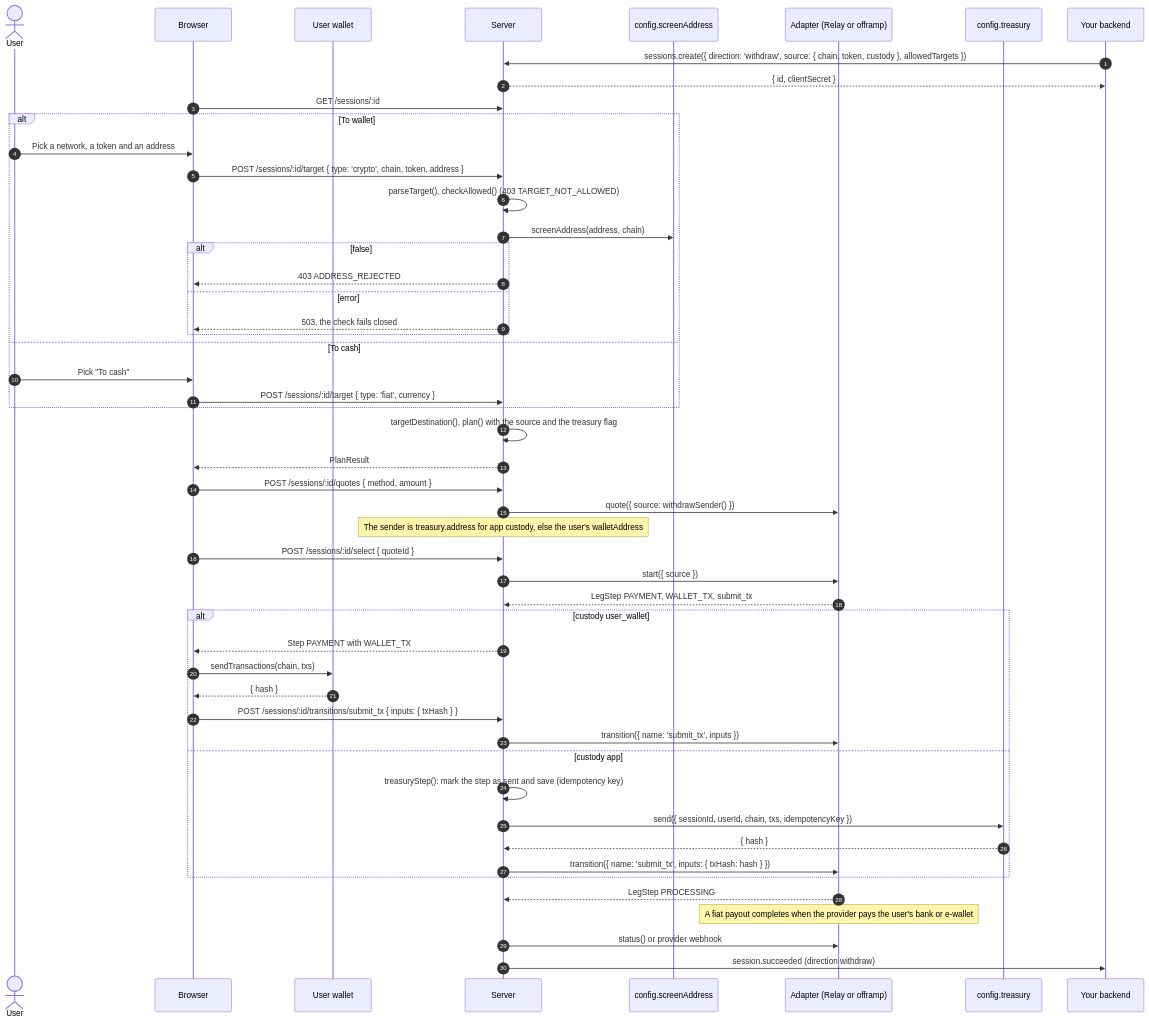
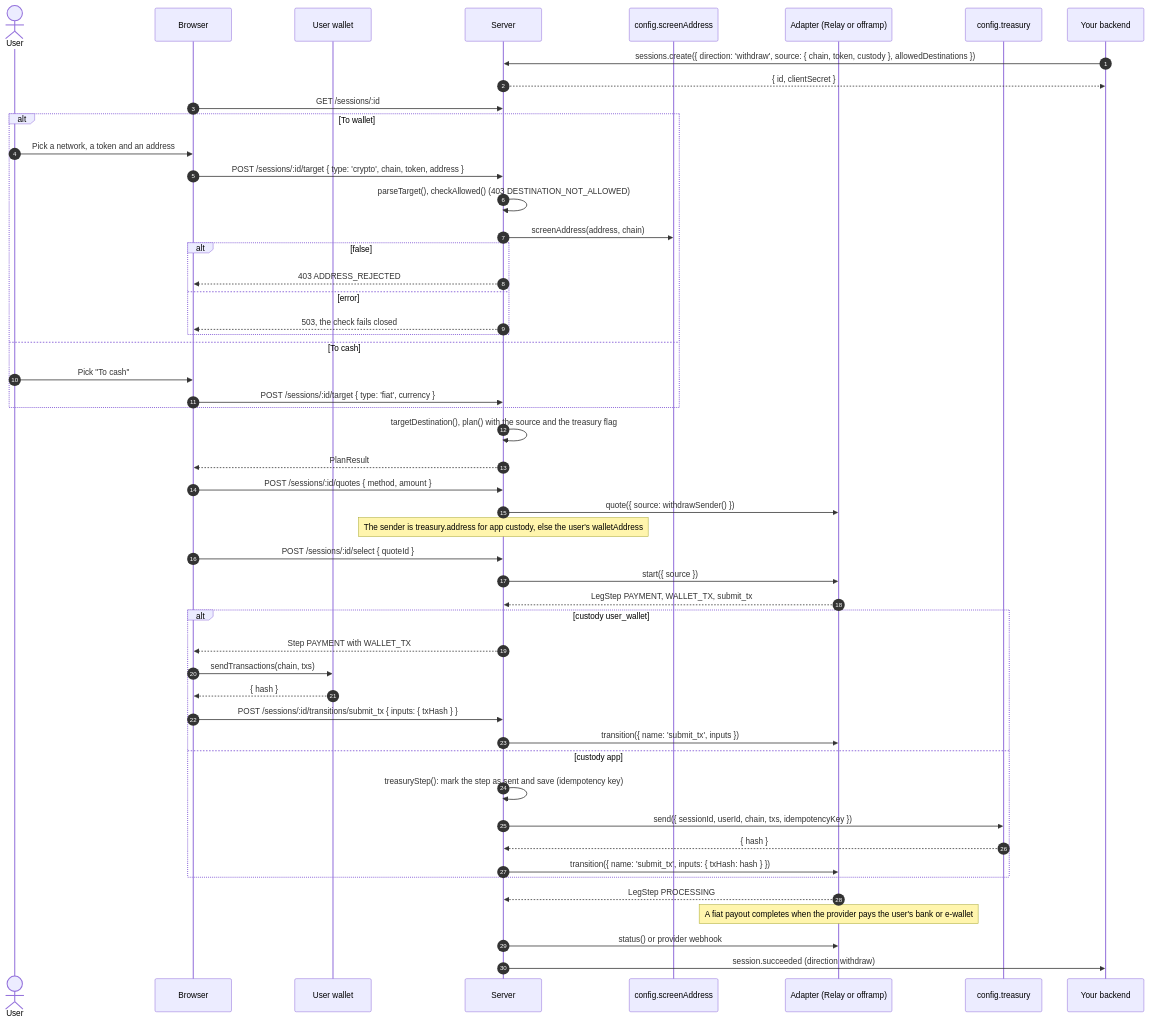
The ninth of 13 diagrams in docs/concepts/flows.md (yosriady/openrampkit), drawn with Mermaid before and after one commit. The commit also changed 37 other files, not shown here.

First line of the commit message:
Withdraw input: destination, lockDestination, allowedDestinations

````diff
--- a/docs/concepts/flows.md
+++ b/docs/concepts/flows.md
@@ -412,53 +412,53 @@
 ```mermaid
 sequenceDiagram
   autonumber
   actor U as User
   participant B as Browser
   participant W as User wallet
   participant S as Server
   participant Scr as config.screenAddress
   participant A as Adapter (Relay or offramp)
   participant Tr as config.treasury
   participant App as Your backend
-  App->>S: sessions.create({ direction: 'withdraw', source: { chain, token, custody }, allowedTargets })
+  App->>S: sessions.create({ direction: 'withdraw', source: { chain, token, custody }, allowedDestinations })
   S-->>App: { id, clientSecret }
   B->>S: GET /sessions/:id
   alt To wallet
     U->>B: Pick a network, a token and an address
     B->>S: POST /sessions/:id/target { type: 'crypto', chain, token, address }
-    S->>S: parseTarget(), checkAllowed() (403 TARGET_NOT_ALLOWED)
+    S->>S: parseTarget(), checkAllowed() (403 DESTINATION_NOT_ALLOWED)
     S->>Scr: screenAddress(address, chain)
     alt false
       S-->>B: 403 ADDRESS_REJECTED
     else error
       S-->>B: 503, the check fails closed
     end
   else To cash
     U->>B: Pick "To cash"
     B->>S: POST /sessions/:id/target { type: 'fiat', currency }
   end
   S->>S: targetDestination(), plan() with the source and the treasury flag
   S-->>B: PlanResult
   B->>S: POST /sessions/:id/quotes { method, amount }
   S->>A: quote({ source: withdrawSender() })
   Note over S: The sender is treasury.address for app custody, else the user's walletAddress
   B->>S: POST /sessions/:id/select { quoteId }
   S->>A: start({ source })
   A-->>S: LegStep PAYMENT, WALLET_TX, submit_tx
   alt custody user_wallet
     S-->>B: Step PAYMENT with WALLET_TX
     B->>W: sendTransactions(chain, txs)
     W-->>B: { hash }
     B->>S: POST /sessions/:id/transitions/submit_tx { inputs: { txHash } }
     S->>A: transition({ name: 'submit_tx', inputs })
   else custody app
     S->>S: treasuryStep(): mark the step as sent and save (idempotency key)
     S->>Tr: send({ sessionId, userId, chain, txs, idempotencyKey })
     Tr-->>S: { hash }
     S->>A: transition({ name: 'submit_tx', inputs: { txHash: hash } })
   end
   A-->>S: LegStep PROCESSING
   Note over A: A fiat payout completes when the provider pays the user's bank or e-wallet
   S->>A: status() or provider webhook
   S->>App: session.succeeded (direction withdraw)
 ```
````
